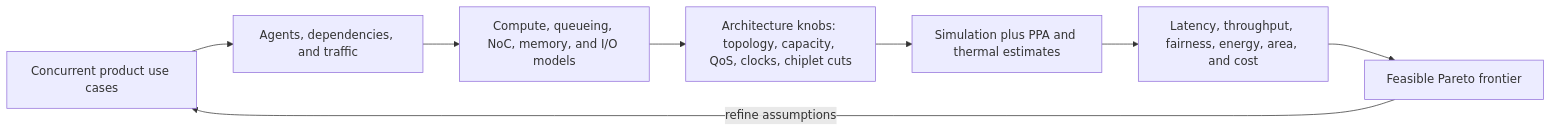
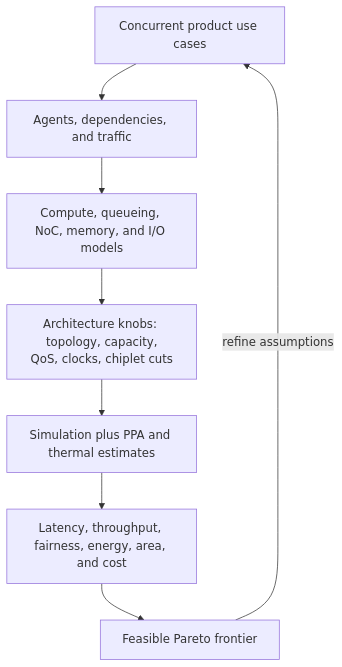
Before and after one commit to Wty2003328/silicon-design-notebook: the first of 3 diagrams in 01_Architecture_and_PPA/04_SoC_and_Chiplet_Architecture/00_Design_Methodology/01_SoC_Chiplet_Workloads_Performance_and_DSE.md, drawn with Mermaid. The commit also changed other lines of this file and 125 other files, not shown here.

First line of the commit message:
Complete the AMBA family, refresh the learning path, and make every figure and formula actually render

````diff
--- a/01_Architecture_and_PPA/04_SoC_and_Chiplet_Architecture/00_Design_Methodology/01_SoC_Chiplet_Workloads_Performance_and_DSE.md
+++ b/01_Architecture_and_PPA/04_SoC_and_Chiplet_Architecture/00_Design_Methodology/01_SoC_Chiplet_Workloads_Performance_and_DSE.md
@@ -9,10 +9,10 @@
 ```mermaid
-flowchart LR
+flowchart TD
     U["Concurrent product use cases"] --> A["Agents, dependencies, and traffic"]
     A --> M["Compute, queueing, NoC, memory, and I/O models"]
-    M --> K["Architecture knobs: topology, capacity, QoS, clocks, chiplet cuts"]
+    M --> K["Architecture knobs: topology, capacity,<br/>QoS, clocks, chiplet cuts"]
     K --> S["Simulation plus PPA and thermal estimates"]
     S --> O["Latency, throughput, fairness, energy, area, and cost"]
     O --> P["Feasible Pareto frontier"]
     P -->|"refine assumptions"| U
 ```
````
